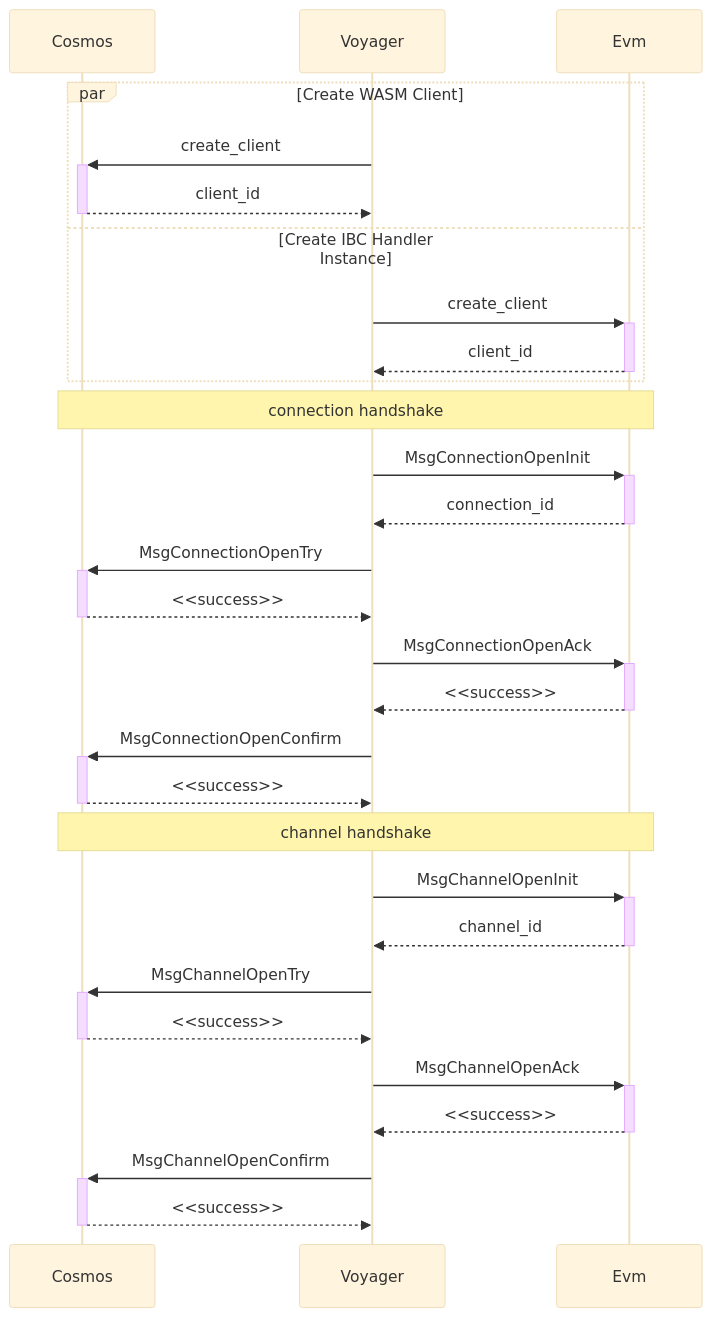
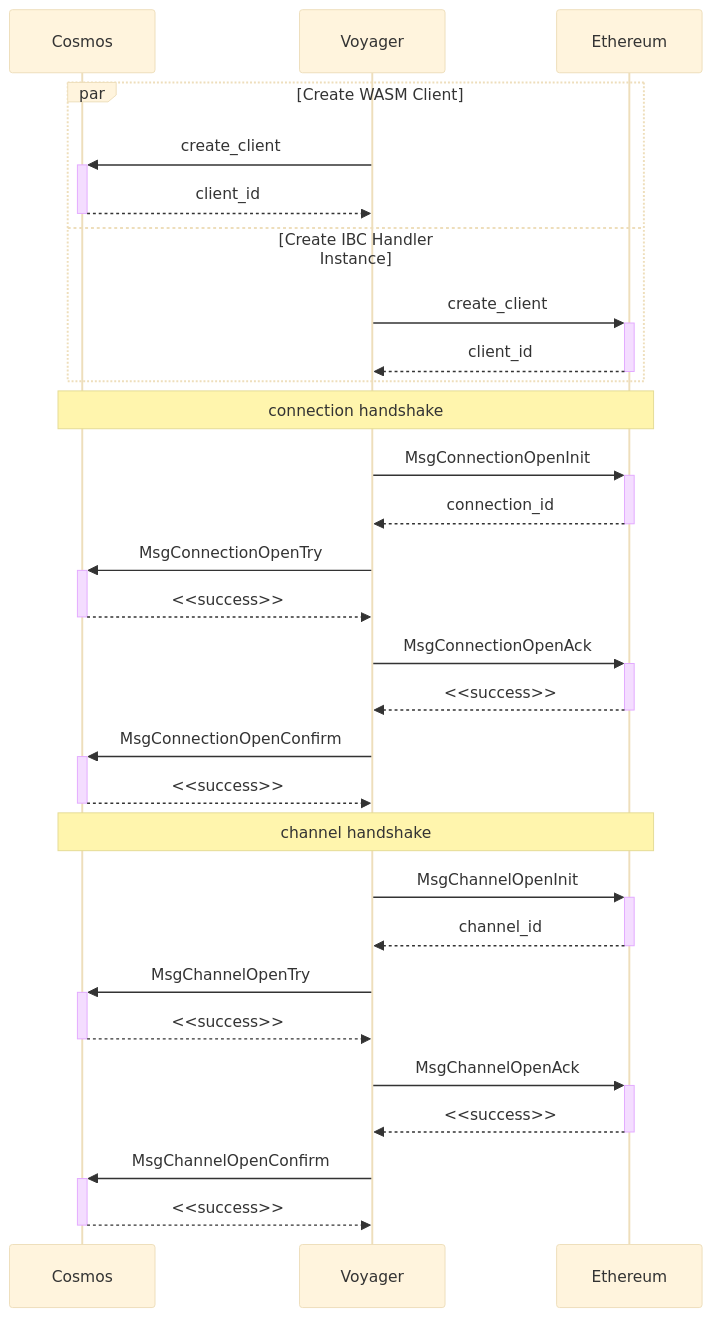
The second of 3 diagrams in voyager/ARCHITECTURE.md (unionlabs/union), drawn with Mermaid (base theme) before and after one commit. The commit also changed other lines of this file and 22 other files, not shown here.

Commit message:
refactor: s/evm/ethereum/g

````diff
--- a/voyager/ARCHITECTURE.md
+++ b/voyager/ARCHITECTURE.md
@@ -30,42 +30,42 @@
 ```mermaid
 sequenceDiagram
     participant Cosmos
     participant Voyager
-    participant Evm
+    participant Ethereum
 
     par Create WASM Client
         Voyager->>+Cosmos: create_client
         Cosmos-->>-Voyager: client_id
     and Create IBC Handler Instance
-        Voyager->>+Evm: create_client
-        Evm-->>-Voyager: client_id
+        Voyager->>+Ethereum: create_client
+        Ethereum-->>-Voyager: client_id
     end
 
-		note over Cosmos, Evm: connection handshake
+		note over Cosmos, Ethereum: connection handshake
 
-    Voyager->>+Evm: MsgConnectionOpenInit
-    Evm-->>-Voyager: connection_id
+    Voyager->>+Ethereum: MsgConnectionOpenInit
+    Ethereum-->>-Voyager: connection_id
 
     Voyager->>+Cosmos: MsgConnectionOpenTry
     Cosmos-->>-Voyager: <<success>>
 
-    Voyager->>+Evm: MsgConnectionOpenAck
-    Evm-->>-Voyager: <<success>>
+    Voyager->>+Ethereum: MsgConnectionOpenAck
+    Ethereum-->>-Voyager: <<success>>
 
     Voyager->>+Cosmos: MsgConnectionOpenConfirm
     Cosmos-->>-Voyager: <<success>>
 
-		note over Cosmos, Evm: channel handshake
+		note over Cosmos, Ethereum: channel handshake
 
-    Voyager->>+Evm: MsgChannelOpenInit
-    Evm-->>-Voyager: channel_id
+    Voyager->>+Ethereum: MsgChannelOpenInit
+    Ethereum-->>-Voyager: channel_id
 
     Voyager->>+Cosmos: MsgChannelOpenTry
     Cosmos-->>-Voyager: <<success>>
 
-    Voyager->>+Evm: MsgChannelOpenAck
-    Evm-->>-Voyager: <<success>>
+    Voyager->>+Ethereum: MsgChannelOpenAck
+    Ethereum-->>-Voyager: <<success>>
 
     Voyager->>+Cosmos: MsgChannelOpenConfirm
     Cosmos-->>-Voyager: <<success>>
 ```
````
